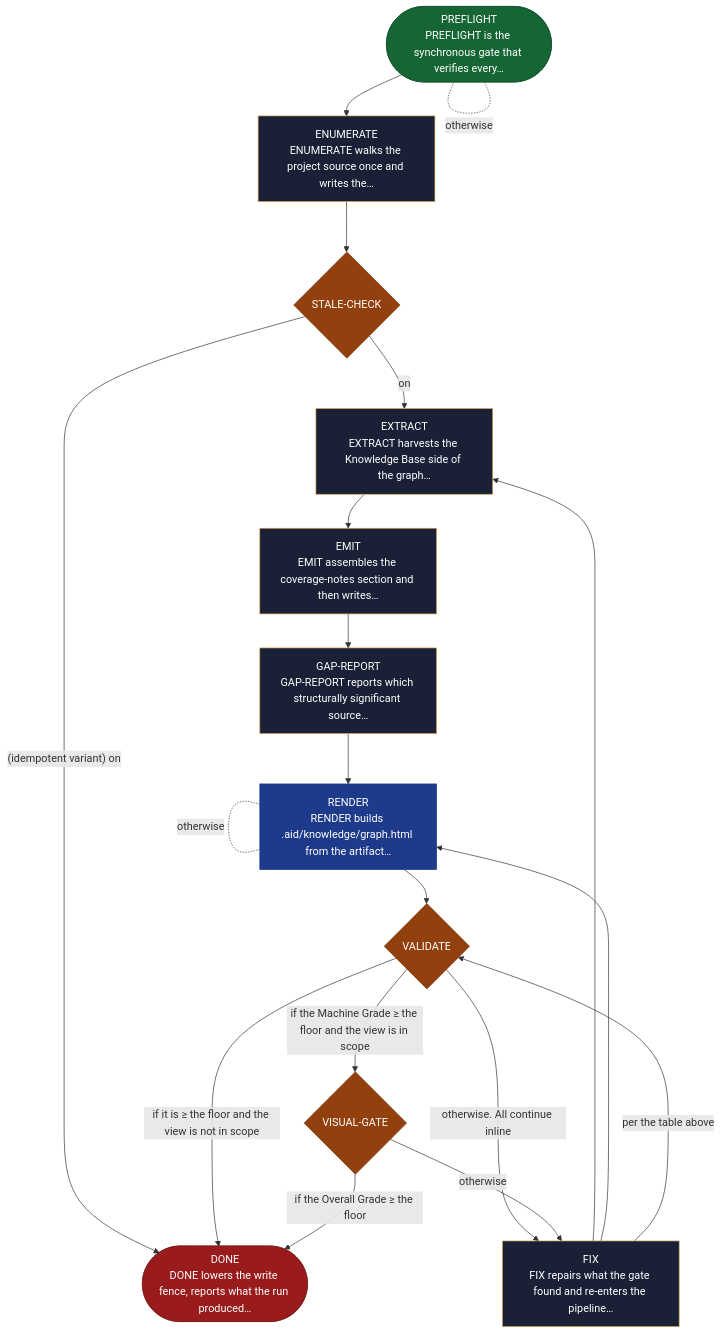
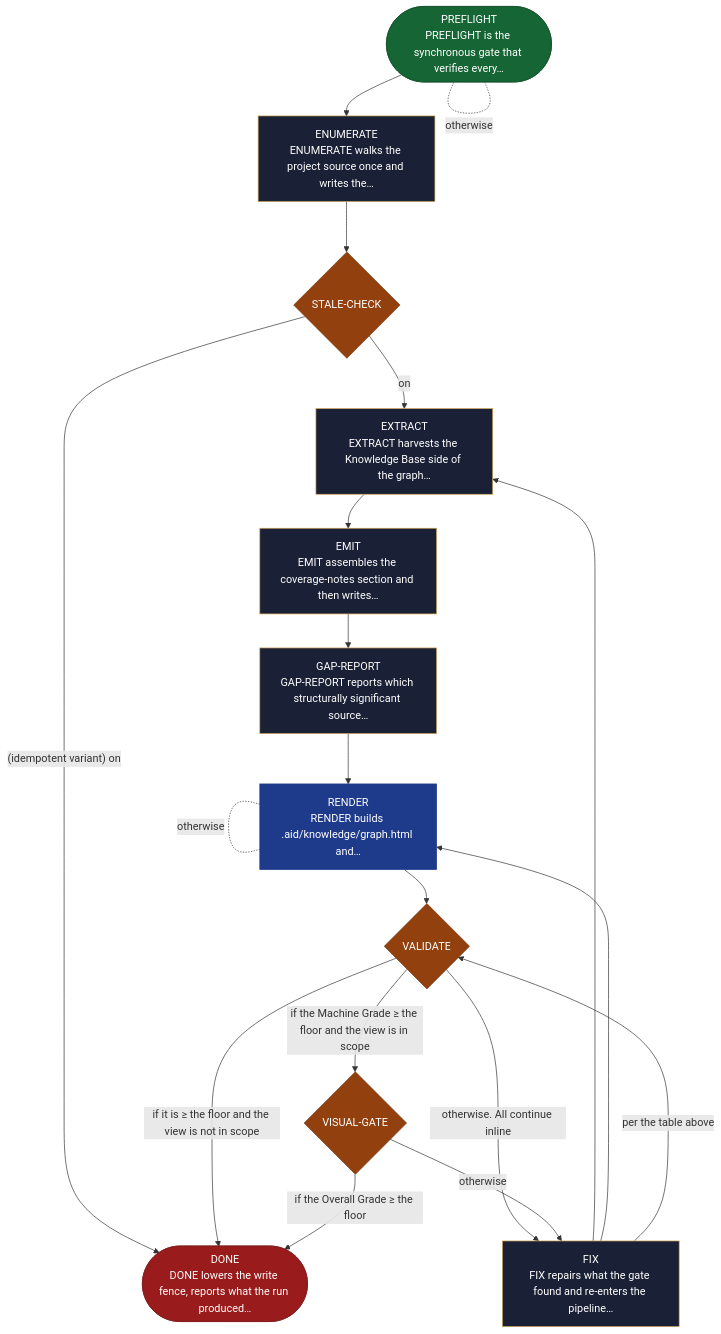
One commit to AndreVianna/aid-methodology changed the diagram in site/src/content/docs/skills/aid-graph.md. Above: the diagram before and after it, drawn with Mermaid. The commit also changed other lines of this file and 395 other files, not shown here.

````diff
--- a/site/src/content/docs/skills/aid-graph.md
+++ b/site/src/content/docs/skills/aid-graph.md
@@ -20,60 +20,60 @@
 ```mermaid
 flowchart TB
   classDef aidNode color:#fff
   classDef aidEntry fill:#166534,stroke:#14532d,color:#fff
   classDef aidExit fill:#991b1b,stroke:#7f1d1d,color:#fff
   classDef aidDecision fill:#92400e,stroke:#78350f,color:#fff
   classDef aidLoopBack fill:#1e3a8a,stroke:#1e3a8a,color:#fff
   classDef aidStep fill:#1a2035,stroke:#d4a853,color:#f1f5f9
   n1(["PREFLIGHT<br/>PREFLIGHT is the synchronous gate that verifies every…"])
   n2["ENUMERATE<br/>ENUMERATE walks the project source once and writes the…"]
   n3{"STALE-CHECK"}
   n4["EXTRACT<br/>EXTRACT harvests the Knowledge Base side of the graph…"]
   n5["EMIT<br/>EMIT assembles the coverage-notes section and then writes…"]
   n6["GAP-REPORT<br/>GAP-REPORT reports which structurally significant source…"]
-  n7["RENDER<br/>RENDER builds .aid/knowledge/graph.html from the artifact…"]
+  n7["RENDER<br/>RENDER builds .aid/knowledge/graph.html and…"]
   n8{"VALIDATE"}
   n9{"VISUAL-GATE"}
   n10["FIX<br/>FIX repairs what the gate found and re-enters the pipeline…"]
   n11(["DONE<br/>DONE lowers the write fence, reports what the run produced…"])
   n1 -. "otherwise" .- n1
   n1 --> n2
   n2 --> n3
   n3 -->|"on"| n4
   n3 -->|"(idempotent variant) on"| n11
   n4 --> n5
   n5 --> n6
   n6 --> n7
   n7 -. "otherwise" .- n7
   n7 --> n8
   n8 -->|"if the Machine Grade ≥ the floor and the view is in scope"| n9
   n8 -->|"otherwise. All continue inline"| n10
   n8 -->|"if it is ≥ the floor and the view is not in scope"| n11
   n9 -->|"otherwise"| n10
   n9 -->|"if the Overall Grade ≥ the floor"| n11
   n10 --> n4
   n10 --> n7
   n10 -->|"per the table above"| n8
   class n1 aidEntry
   class n2 aidStep
   class n3 aidDecision
   class n4 aidStep
   class n5 aidStep
   class n6 aidStep
   class n7 aidLoopBack
   class n8 aidDecision
   class n9 aidDecision
   class n10 aidStep
   class n11 aidExit
   class n1 aidNode
   class n2 aidNode
   class n3 aidNode
   class n4 aidNode
   class n5 aidNode
   class n6 aidNode
   class n7 aidNode
   class n8 aidNode
   class n9 aidNode
   class n10 aidNode
   class n11 aidNode
 ```
````
